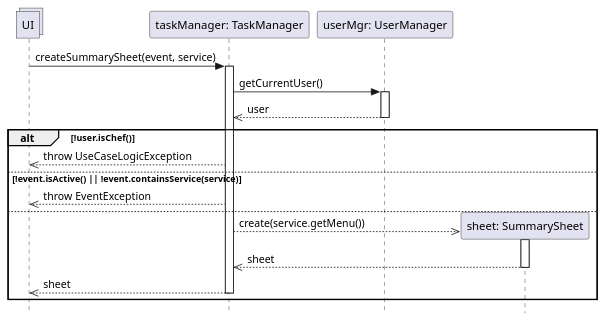
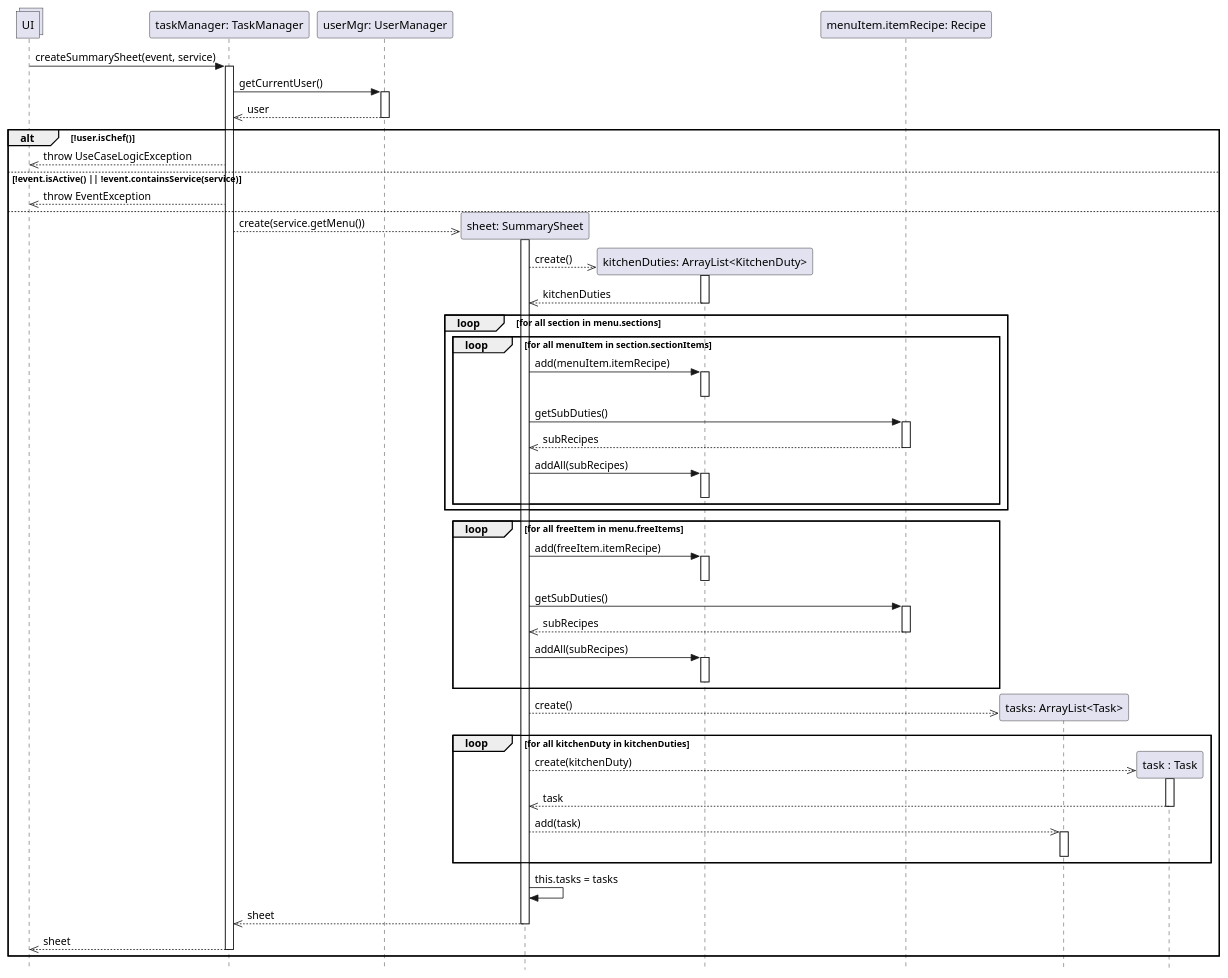
Before and after one commit to stefa168/sas-project: the diagram in DSD Operazione 1.puml, drawn with PlantUML.

Commit message:
Completato DSD Operazione 1 UC Compiti Cucina

```diff
--- a/DSD Operazione 1.puml
+++ b/DSD Operazione 1.puml
@@ -1,34 +1,90 @@
 @startuml Operazione 1
 skinparam Style strictuml
 
 collections UI
 
 participant "taskManager: TaskManager" as tm
 UI -> tm: createSummarySheet(event, service)
 activate tm
 
 participant "userMgr: UserManager" as um
 tm -> um: getCurrentUser()
 activate um
 tm <<-- um: user
 deactivate um
 
 alt !user.isChef()
     UI <<-- tm: throw UseCaseLogicException
 else !event.isActive() || !event.containsService(service)
     UI <<-- tm: throw EventException
 else
     participant "sheet: SummarySheet" as ss
     tm -->> ss **: create(service.getMenu())
     activate ss
 
+    participant "kitchenDuties: ArrayList<KitchenDuty>" as kdList
+    ss -->> kdList**: create()
+    activate kdList
+    return kitchenDuties
+    deactivate kdList
     
+    loop for all section in menu.sections
+        loop for all menuItem in section.sectionItems
+            ss -> kdList: add(menuItem.itemRecipe)
+            activate kdList
+            deactivate kdList
+            
+            participant "menuItem.itemRecipe: Recipe" as recipe
+            ss -> recipe: getSubDuties()
+            activate recipe
+            ss <<-- recipe: subRecipes
+            deactivate recipe
+
+            ss -> kdList: addAll(subRecipes)
+            activate kdList
+            deactivate kdList
+
+        end
+    end
+
+    loop for all freeItem in menu.freeItems
+        ss -> kdList: add(freeItem.itemRecipe)
+        activate kdList
+        deactivate kdList
+
+        participant "freeItem.itemRecipe: Recipe" as recipe
+            ss -> recipe: getSubDuties()
+            activate recipe
+            ss <<-- recipe: subRecipes
+            deactivate recipe
+
+            ss -> kdList: addAll(subRecipes)
+            activate kdList
+            deactivate kdList
+    end
+
+    participant "tasks: ArrayList<Task>" as tasks
+    ss -->> tasks**: create()
+
+    loop for all kitchenDuty in kitchenDuties
+        participant "task : Task" as t
+        ss -->> t **: create(kitchenDuty)
+        activate t
+        ' ss <<-- t :task
+        return task
+        deactivate t
+        ss -->>tasks: add(task)
+        activate tasks
+        deactivate tasks
+    end
+
+    ss -> ss: this.tasks = tasks
 
     tm <<-- ss: sheet
     deactivate ss
 
     UI <<-- tm: sheet
     deactivate tm
 end
 
 @enduml
```
